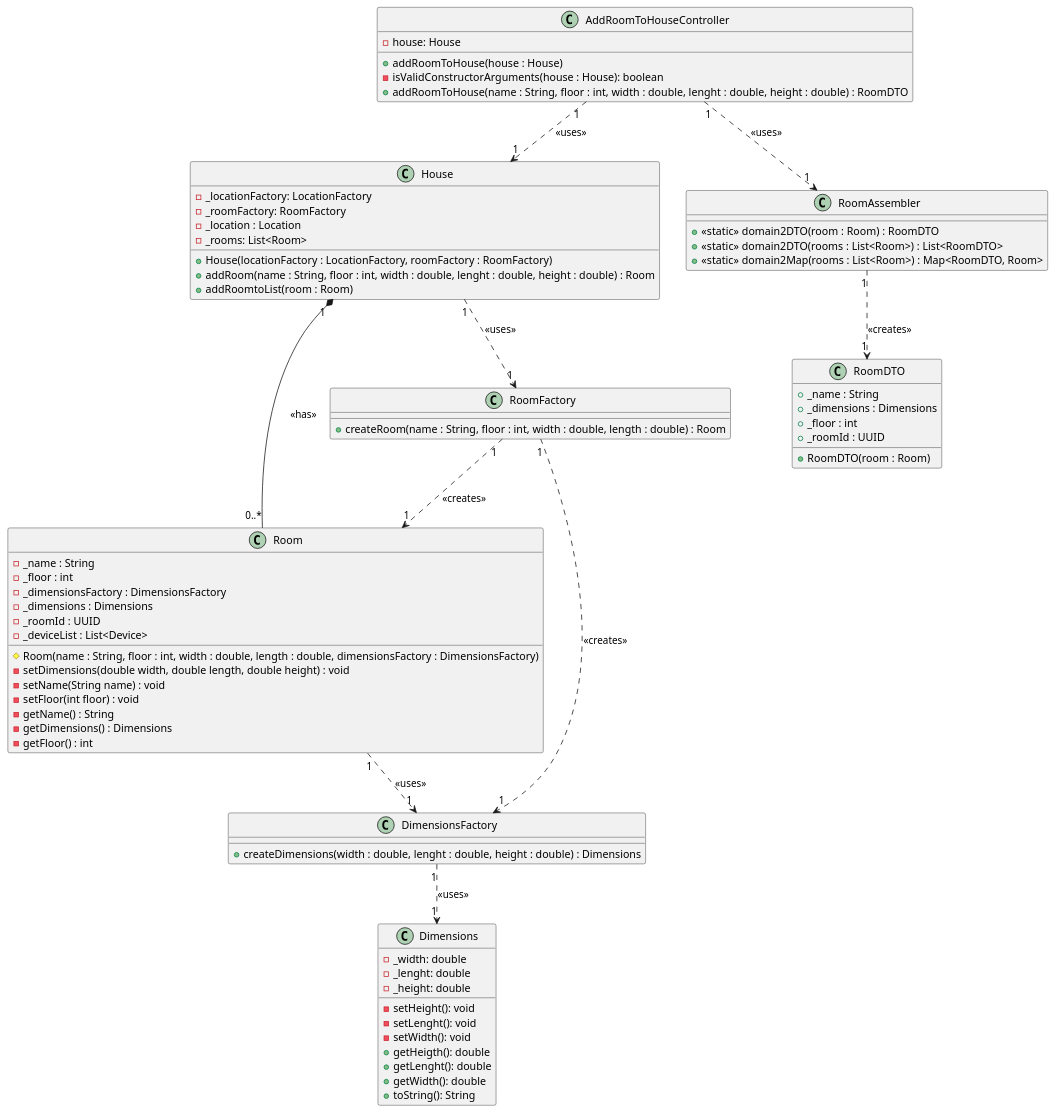
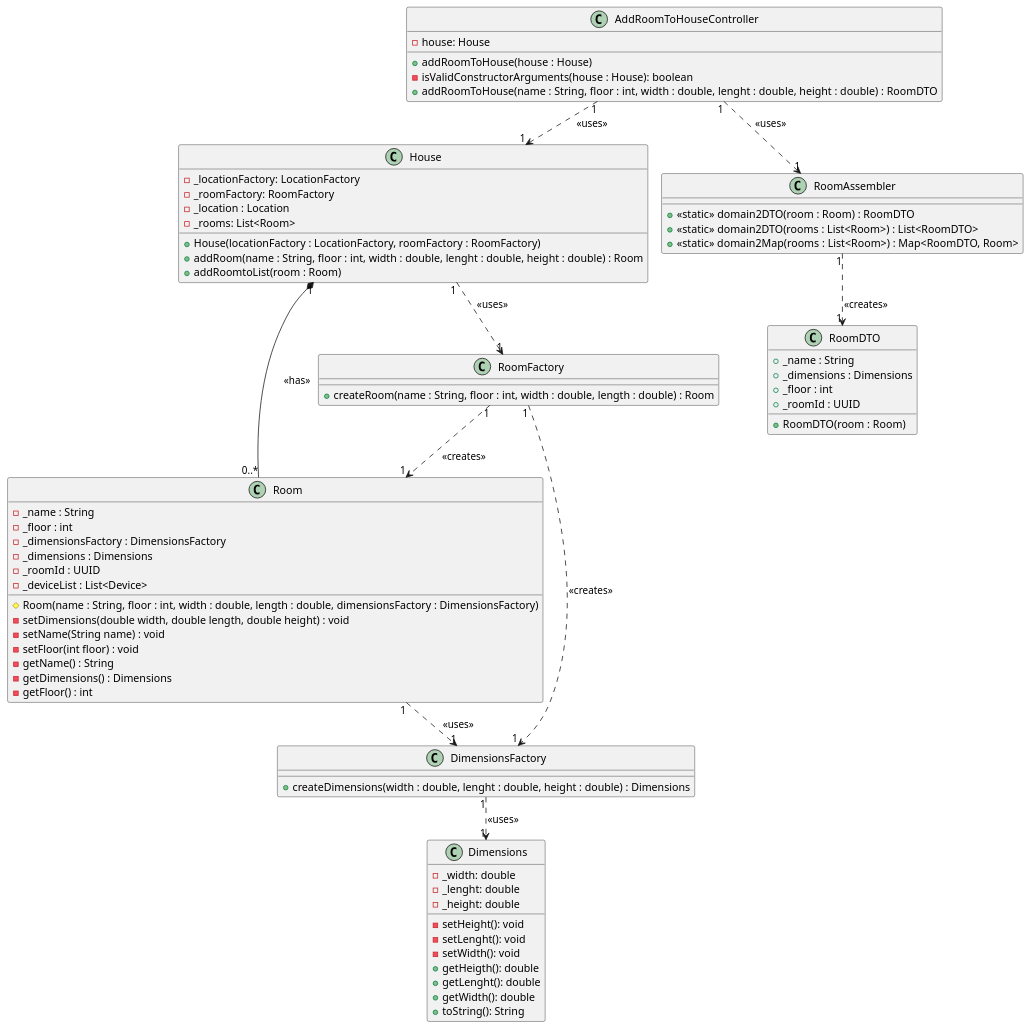
The diagram in docs/ood/classDiagram/US02AddRoomToHouse.puml (olivDiogo/SmartHome), drawn with PlantUML before and after one commit. The commit also changed 2 other files, not shown here.

```diff
--- a/docs/ood/classDiagram/US02AddRoomToHouse.puml
+++ b/docs/ood/classDiagram/US02AddRoomToHouse.puml
@@ -1,103 +1,103 @@
 @startuml
-'https://plantuml.com/sequence-diagram
+!pragma layout smetana
 
 class AddRoomToHouseController{
 'Attributes'
 - house: House
 
 'Methods'
 +addRoomToHouse(house : House)
 -isValidConstructorArguments(house : House): boolean
 +addRoomToHouse(name : String, floor : int, width : double, lenght : double, height : double) : RoomDTO
 }
 
 class House{
 'Attributes'
 -_locationFactory: LocationFactory
 -_roomFactory: RoomFactory
 -_location : Location
 -_rooms: List<Room>
 
 'Methods'
 +House(locationFactory : LocationFactory, roomFactory : RoomFactory)
 +addRoom(name : String, floor : int, width : double, lenght : double, height : double) : Room
 +addRoomtoList(room : Room)
 }
 
 
 class Room{
 'Attributes'
 -_name : String
 -_floor : int
 -_dimensionsFactory : DimensionsFactory
 -_dimensions : Dimensions
 -_roomId : UUID
 -_deviceList : List<Device>
 
 'Methods'
 #Room(name : String, floor : int, width : double, length : double, dimensionsFactory : DimensionsFactory)
 -setDimensions(double width, double length, double height) : void
 -setName(String name) : void
 -setFloor(int floor) : void
 -getName() : String
 -getDimensions() : Dimensions
 -getFloor() : int
 }
 
 class RoomFactory{
 'Methods'
 +createRoom(name : String, floor : int, width : double, length : double) : Room
 }
 
 
 class Dimensions{
 'Atributes'
 -_width: double
 -_lenght: double
 -_height: double
 
 'Methods'
 -setHeight(): void
 -setLenght(): void
 -setWidth(): void
 +getHeigth(): double
 +getLenght(): double
 +getWidth(): double
 +toString(): String
 }
 
 class DimensionsFactory{
 'Methods'
 +createDimensions(width : double, lenght : double, height : double) : Dimensions
 }
 
 class RoomAssembler{
 'Methods'
 + <<static>> domain2DTO(room : Room) : RoomDTO
 + <<static>> domain2DTO(rooms : List<Room>) : List<RoomDTO>
 + <<static>> domain2Map(rooms : List<Room>) : Map<RoomDTO, Room>
 }
 
 class RoomDTO{
 'Attributes'
 +_name : String
 +_dimensions : Dimensions
 +_floor : int
 +_roomId : UUID
 
 'Methods'
 +RoomDTO(room : Room)
 }
 
 
 AddRoomToHouseController "1" ..> "1" House: <<uses>>
 House "1" ..> "1" RoomFactory: <<uses>>
 RoomFactory "1" ..> "1" Room: <<creates>>
 RoomFactory "1" ..> "1" DimensionsFactory: <<creates>>
 DimensionsFactory "1" ..> "1" Dimensions: <<uses>>
 AddRoomToHouseController "1" ..> "1"  RoomAssembler: <<uses>>
 RoomAssembler  "1"..> "1" RoomDTO: <<creates>>
 Room  "1"..> "1" DimensionsFactory: <<uses>>
 House "1" *-- "0..*" Room: <<has>>
 
 @enduml
```
